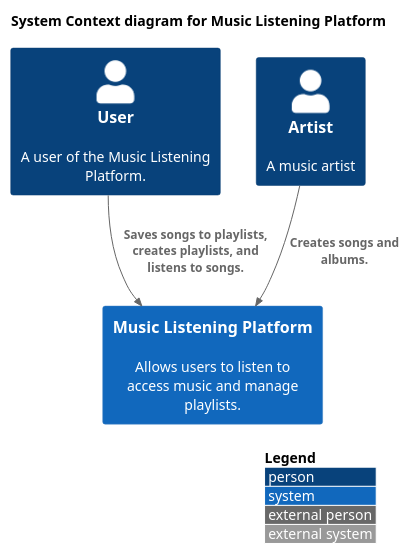
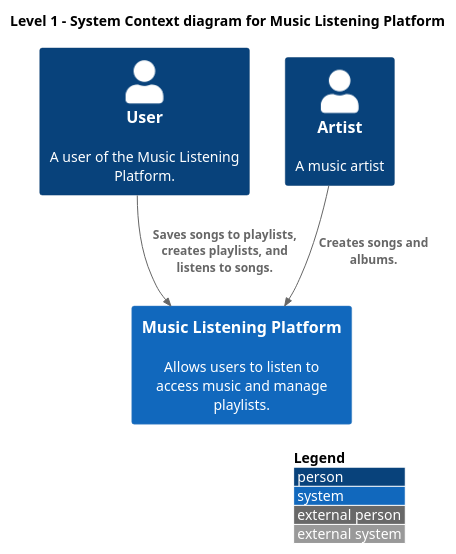
One commit to megadoxs/MusicWebService changed the diagram in diagrams/Level1_Diagram.puml. Above: the diagram before and after it, drawn with PlantUML. The commit also changed 12 other files, not shown here.

Commit message:
Fixed Diagrams

```diff
--- a/diagrams/Level1_Diagram.puml
+++ b/diagrams/Level1_Diagram.puml
@@ -1,18 +1,18 @@
 @startuml
 !include https://raw.githubusercontent.com/plantuml-stdlib/C4-PlantUML/master/C4_Context.puml
 ' uncomment the following line and comment the first to use locally
 ' !include C4_Context.puml
 
 LAYOUT_WITH_LEGEND()
 
-title System Context diagram for Music Listening Platform
+title Level 1 - System Context diagram for Music Listening Platform
 
 Person(User, "User", "A user of the Music Listening Platform.")
 Person(Artist, "Artist", "A music artist")
 System(music_system, "Music Listening Platform", "Allows users to listen to access music and manage playlists.")
 
 
 Rel(User, music_system, "Saves songs to playlists, creates playlists, and listens to songs.")
 Rel(Artist, music_system, "Creates songs and albums.")
 
 @enduml
```
